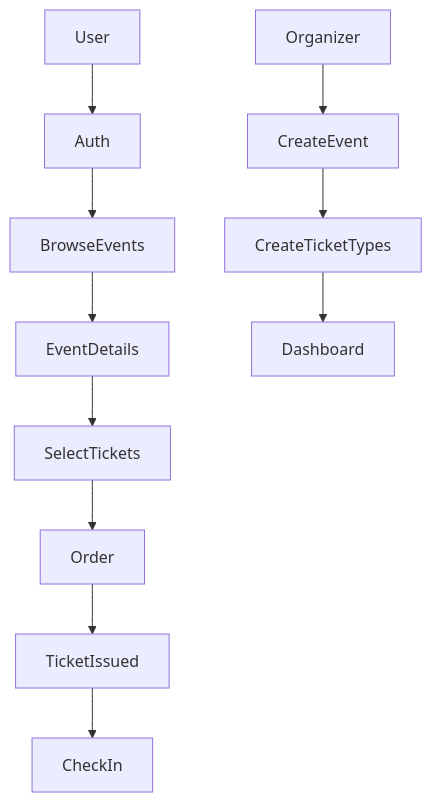
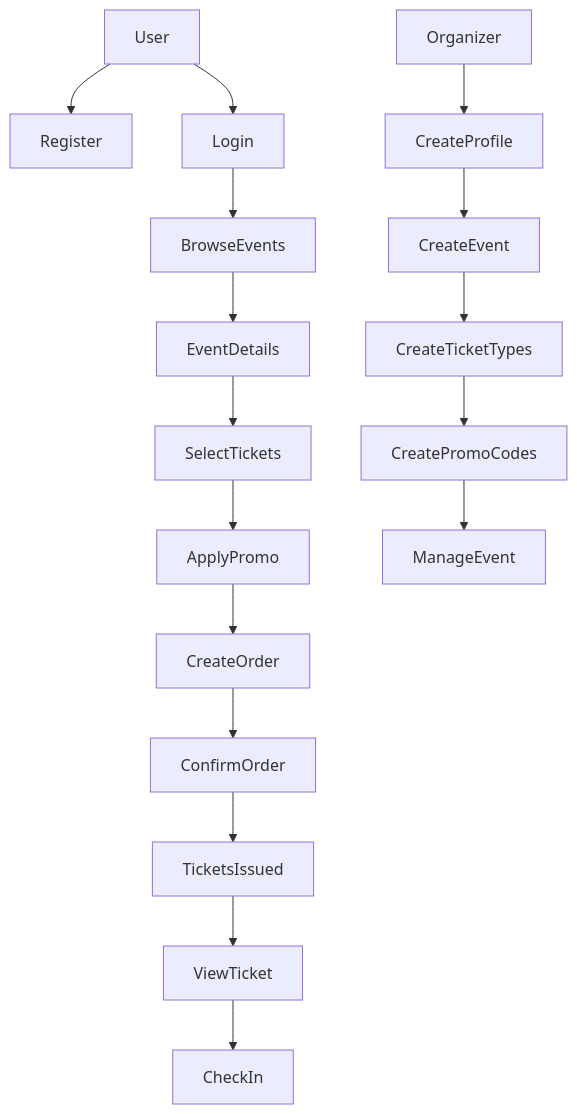
The first of 2 diagrams in tickr.md (sravan1946/Tickr), drawn with Mermaid before and after one commit. The commit also changed other lines of this file, not shown here.

````diff
--- a/tickr.md
+++ b/tickr.md
@@ -231,14 +329,20 @@
 ```mermaid
 flowchart TD
-    User --> Auth
-    Auth --> BrowseEvents
+    User --> Register
+    User --> Login
+    Login --> BrowseEvents
     BrowseEvents --> EventDetails
     EventDetails --> SelectTickets
-    SelectTickets --> Order
-    Order --> TicketIssued
-    TicketIssued --> CheckIn
+    SelectTickets --> ApplyPromo
+    ApplyPromo --> CreateOrder
+    CreateOrder --> ConfirmOrder
+    ConfirmOrder --> TicketsIssued
+    TicketsIssued --> ViewTicket
+    ViewTicket --> CheckIn
 
-    Organizer --> CreateEvent
+    Organizer --> CreateProfile
+    CreateProfile --> CreateEvent
     CreateEvent --> CreateTicketTypes
-    CreateTicketTypes --> Dashboard
+    CreateTicketTypes --> CreatePromoCodes
+    CreatePromoCodes --> ManageEvent
 ```
````
